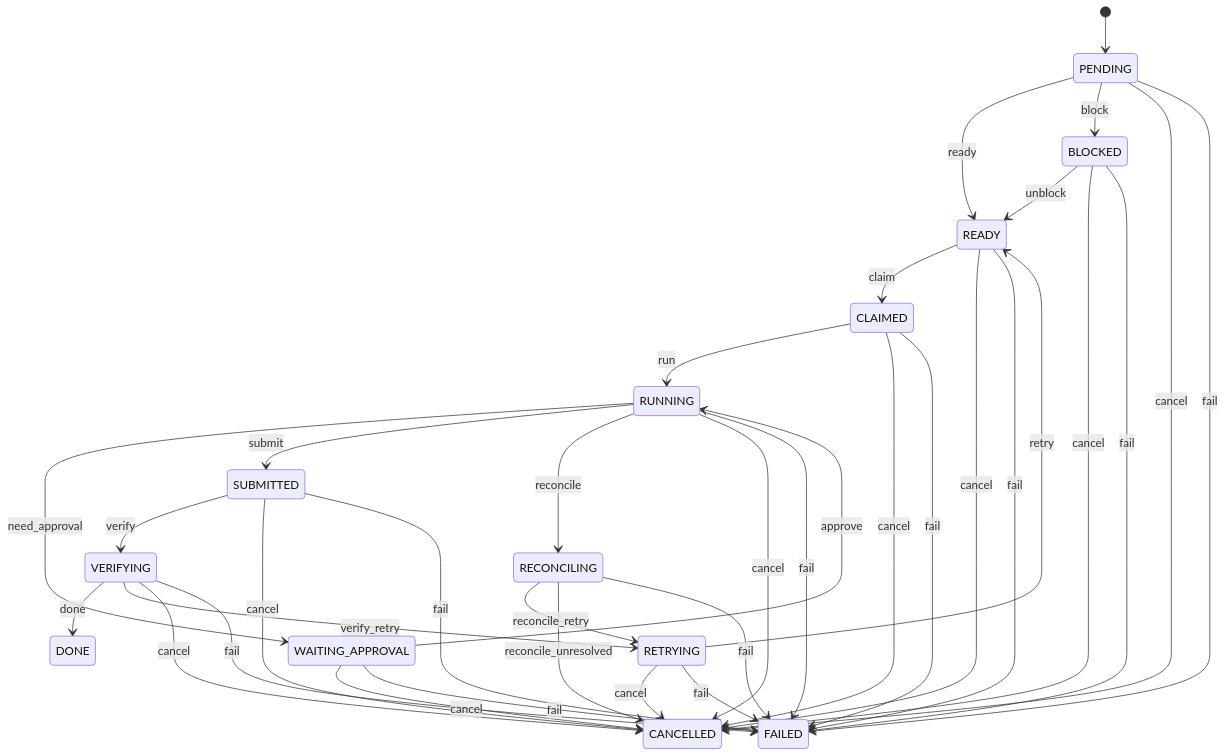
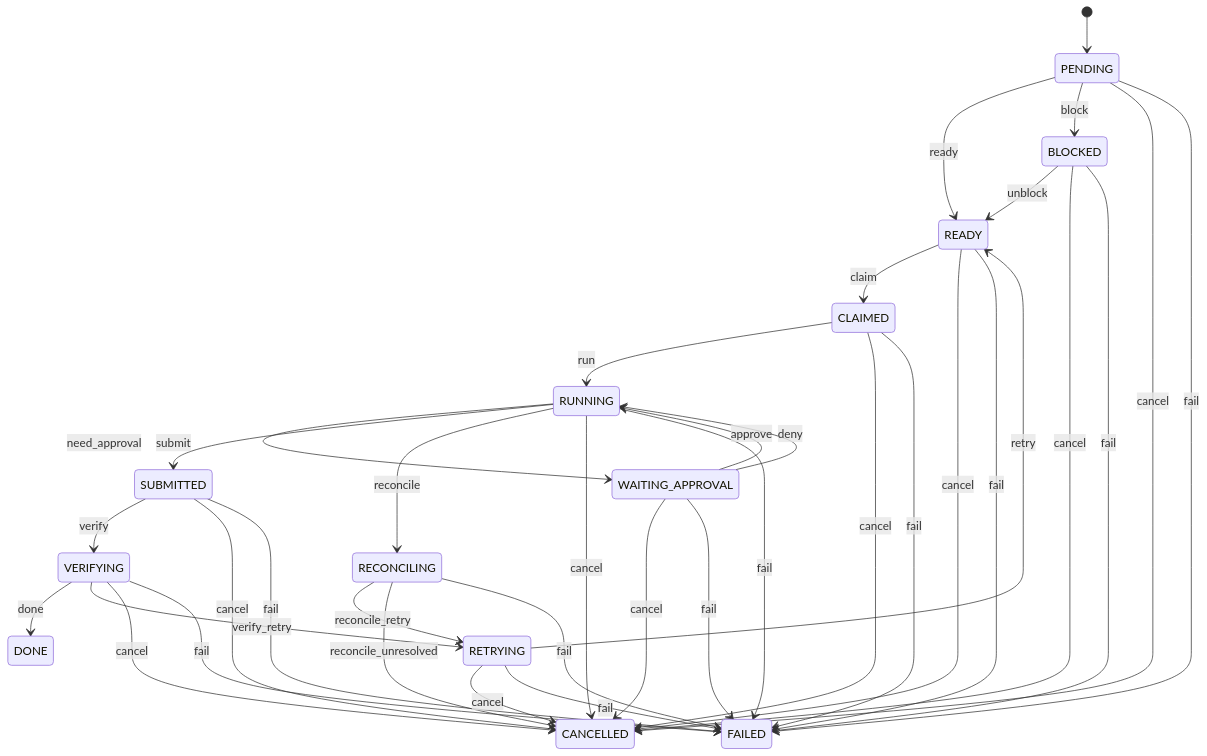
The diagram in internal/control/job_states.md (xiaofan1235/snag), drawn with Mermaid before and after one commit. The commit also changed other lines of this file and 3 other files, not shown here.

First line of the commit message:
fix(control): Q-16 补 WAITING_APPROVAL 审批被拒出口 deny→RUNNING

````diff
--- a/internal/control/job_states.md
+++ b/internal/control/job_states.md
@@ -9,38 +9,39 @@
 ```mermaid
 stateDiagram-v2
     [*] --> PENDING
     PENDING --> READY: ready
     PENDING --> BLOCKED: block
     BLOCKED --> READY: unblock
     READY --> CLAIMED: claim
     CLAIMED --> RUNNING: run
     RUNNING --> WAITING_APPROVAL: need_approval
     WAITING_APPROVAL --> RUNNING: approve
+    WAITING_APPROVAL --> RUNNING: deny
     RUNNING --> SUBMITTED: submit
     SUBMITTED --> VERIFYING: verify
     VERIFYING --> DONE: done
     VERIFYING --> RETRYING: verify_retry
     RETRYING --> READY: retry
     RUNNING --> RECONCILING: reconcile
     RECONCILING --> RETRYING: reconcile_retry
     RECONCILING --> CANCELLED: reconcile_unresolved
     PENDING --> CANCELLED: cancel
     BLOCKED --> CANCELLED: cancel
     READY --> CANCELLED: cancel
     CLAIMED --> CANCELLED: cancel
     RUNNING --> CANCELLED: cancel
     WAITING_APPROVAL --> CANCELLED: cancel
     SUBMITTED --> CANCELLED: cancel
     VERIFYING --> CANCELLED: cancel
     RETRYING --> CANCELLED: cancel
     PENDING --> FAILED: fail
     BLOCKED --> FAILED: fail
     READY --> FAILED: fail
     CLAIMED --> FAILED: fail
     RUNNING --> FAILED: fail
     RECONCILING --> FAILED: fail
     WAITING_APPROVAL --> FAILED: fail
     SUBMITTED --> FAILED: fail
     VERIFYING --> FAILED: fail
     RETRYING --> FAILED: fail
 ```
````
